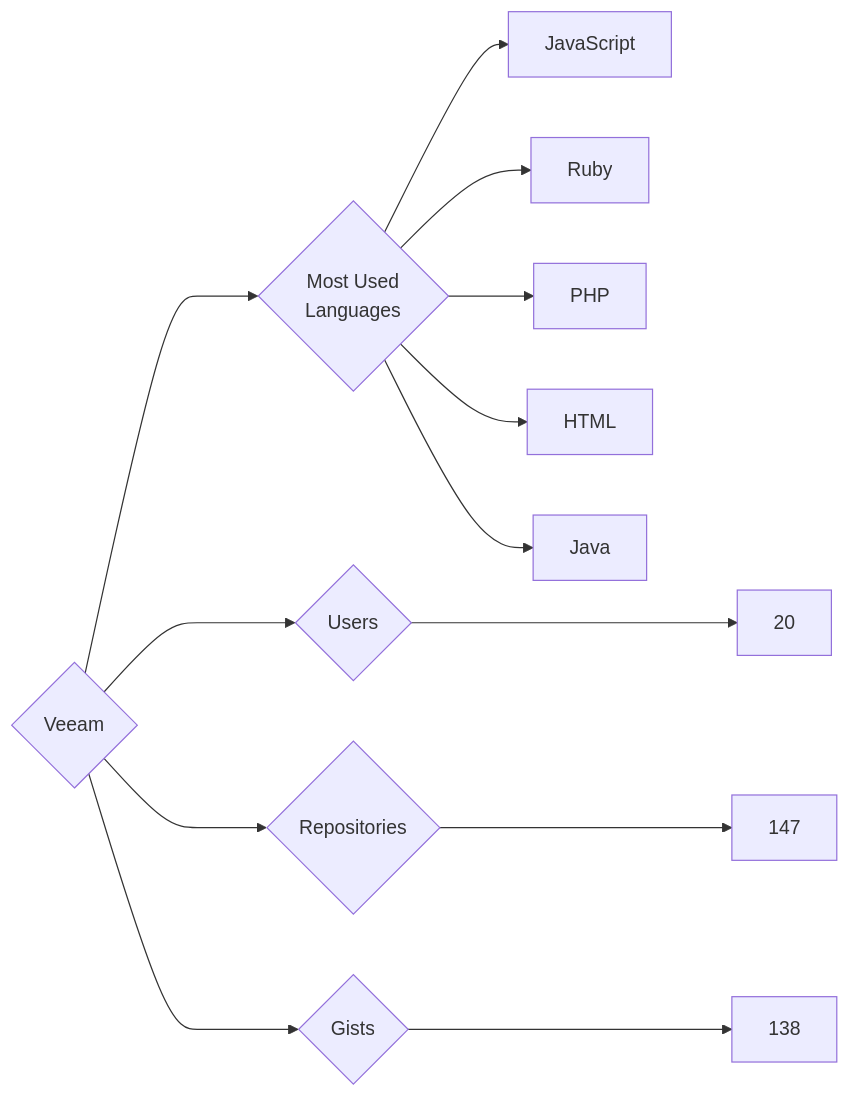
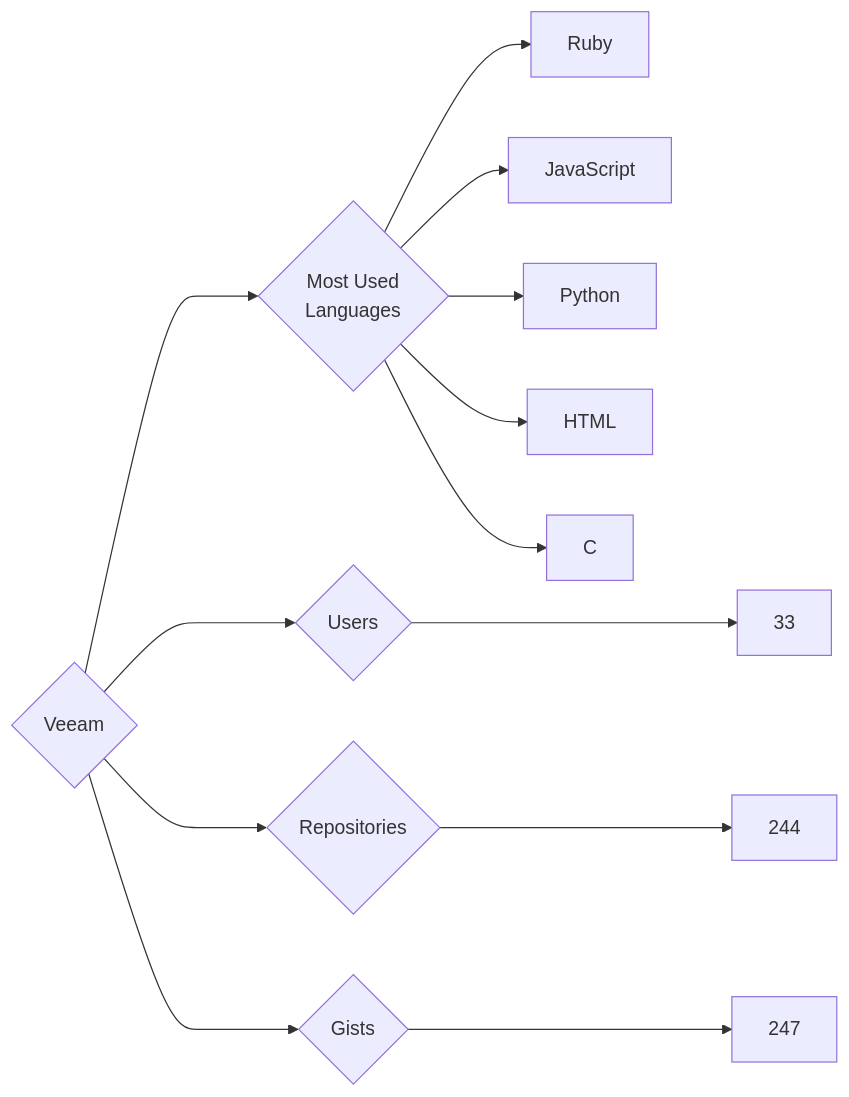
The diagram in targets/Veeam/README.md (trickest/insiders), drawn with Mermaid before and after one commit. The commit also changed 748 other files, not shown here.

````diff
--- a/targets/Veeam/README.md
+++ b/targets/Veeam/README.md
@@ -3,13 +3,13 @@
 ```mermaid
 graph LR
 COMPANY_NAME{Veeam}
-COMPANY_NAME ---> U{Users} ---> UN[20]
-COMPANY_NAME ---> R{Repositories} ---> RN[147]
-COMPANY_NAME ---> G{Gists} ---> GN[138]
+COMPANY_NAME ---> U{Users} ---> UN[33]
+COMPANY_NAME ---> R{Repositories} ---> RN[244]
+COMPANY_NAME ---> G{Gists} ---> GN[247]
 COMPANY_NAME ---> ML{Most Used<br>Languages}
+ML --> Ruby[Ruby]
 ML --> JavaScript[JavaScript]
-ML --> Ruby[Ruby]
-ML --> PHP[PHP]
+ML --> Python[Python]
 ML --> HTML[HTML]
-ML --> Java[Java]
+ML --> C[C]
 ```
````
